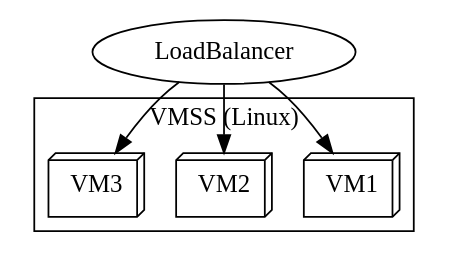
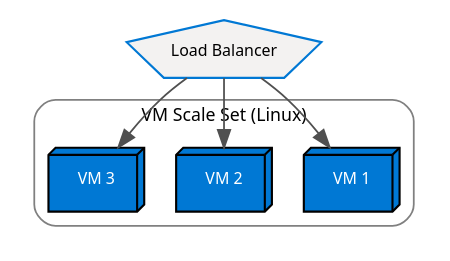
One commit to andikatjacobdennis/graphviz-tutorial changed the third of 9 diagrams in 2-azure-basics/common-components.md. Above: the diagram before and after it, drawn with Graphviz. The commit also changed other lines of this file and 6 other files, not shown here.

````diff
--- a/2-azure-basics/common-components.md
+++ b/2-azure-basics/common-components.md
@@ -54,9 +97,30 @@
 ```dot
 digraph VMSS {
+    rankdir=TB;
+
+    // Global styles
+    graph [fontname="Segoe UI", fontsize=10];
+    node  [fontname="Segoe UI", fontsize=9, penwidth=1.2];
+    edge  [fontname="Segoe UI", fontsize=8, penwidth=1.0, color="#505050", fontcolor="black"];
+
+    // Load Balancer (Networking)
+    LoadBalancer [label="Load Balancer", shape=pentagon, style=filled, fillcolor="#F3F2F1", color="#0078D4", fontcolor="black"];
+
+    // VMSS instances (Compute)
+    node [shape=box3d, style=filled, fillcolor="#0078D4", fontcolor="white"];
+    VM1 [label="VM 1"];
+    VM2 [label="VM 2"];
+    VM3 [label="VM 3"];
+
+    // Cluster to represent the scale set group
     subgraph cluster_scale_set {
-        label="VMSS (Linux)";
-        VM1, VM2, VM3 [shape=box3d];
+        label="VM Scale Set (Linux)";
+        style=rounded;
+        color=gray;
+        VM1; VM2; VM3;
     }
-    LoadBalancer -> {VM1, VM2, VM3};
+
+    // Connections
+    LoadBalancer -> {VM1 VM2 VM3};
 }
 ```
````
